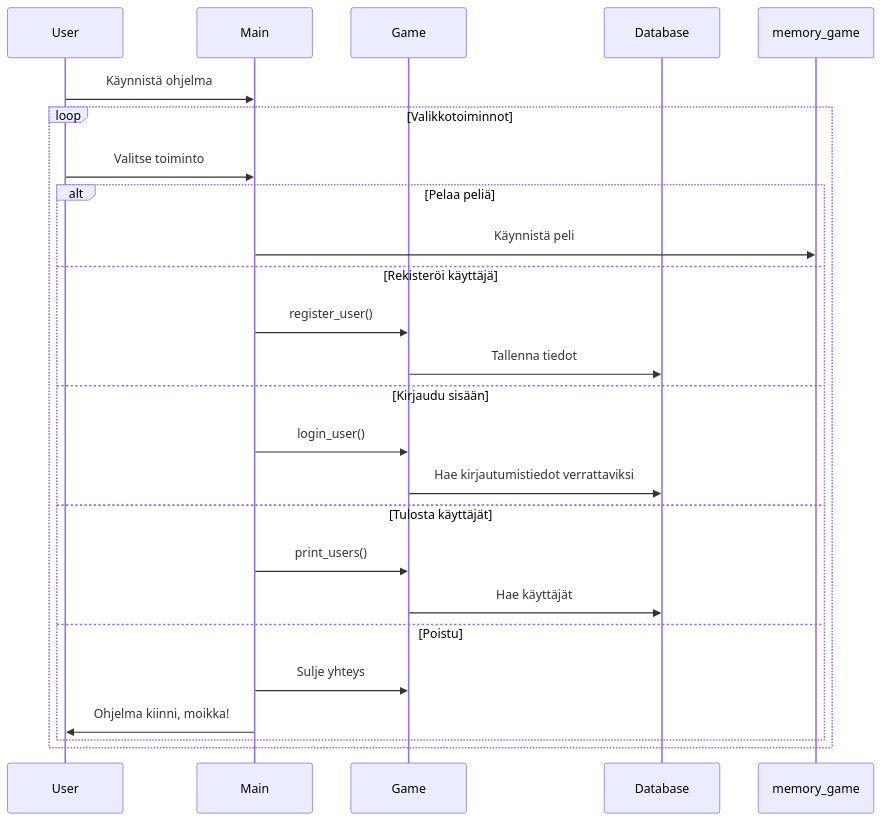
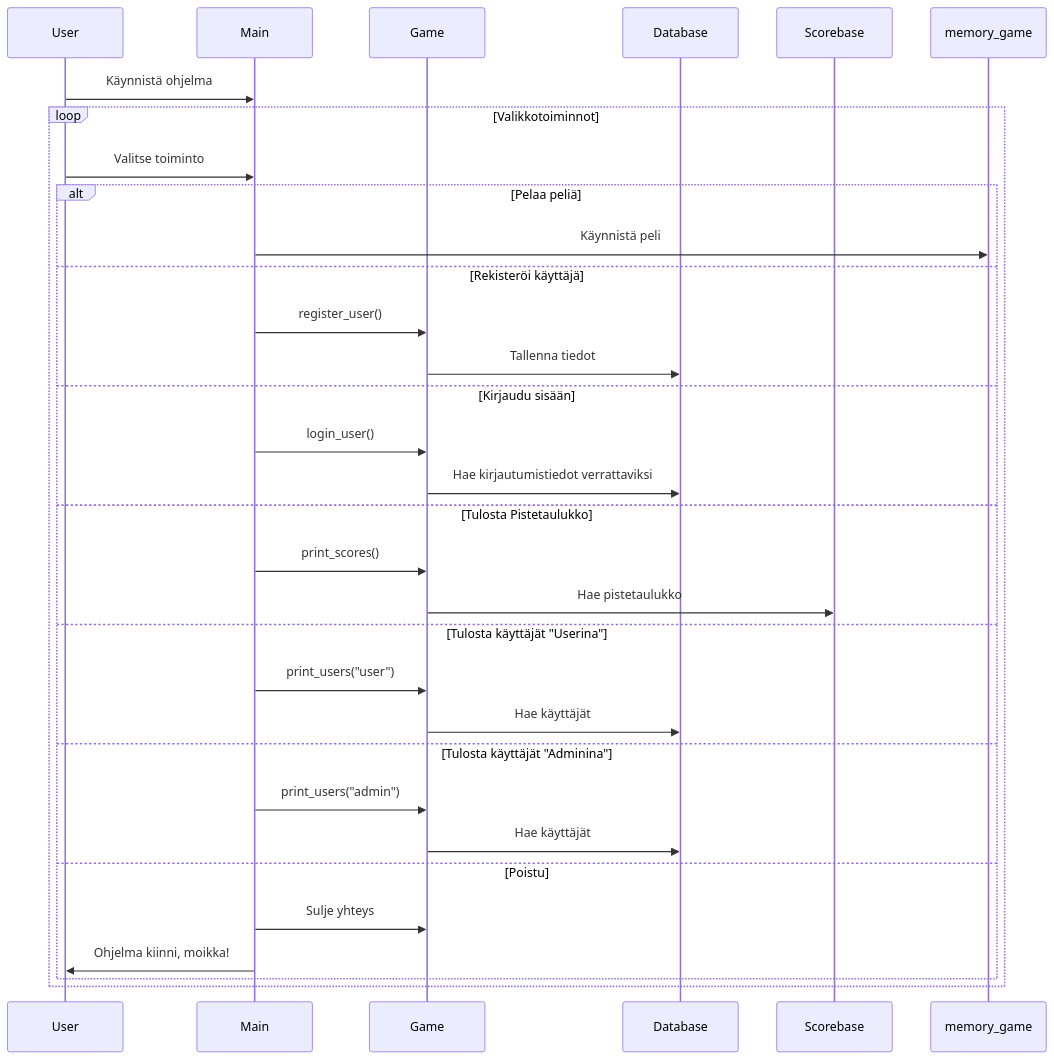
Before and after one commit to Fapacus/ot-harjoitustyo: the diagram in dokumentaatio/arkkitehtuuri_main.md, drawn with Mermaid.

````diff
--- a/dokumentaatio/arkkitehtuuri_main.md
+++ b/dokumentaatio/arkkitehtuuri_main.md
@@ -1,27 +1,34 @@
 ```mermaid
 sequenceDiagram
     participant User
     participant Main
     participant Game
     participant Database
+    participant Scorebase
 
     User->>Main: Käynnistä ohjelma
     loop Valikkotoiminnot
         User->>Main: Valitse toiminto
         alt Pelaa peliä
             Main->>memory_game: Käynnistä peli
         else Rekisteröi käyttäjä
             Main->>Game: register_user()
             Game->>Database: Tallenna tiedot
         else Kirjaudu sisään
             Main->>Game: login_user()
             Game->>Database: Hae kirjautumistiedot verrattaviksi
-        else Tulosta käyttäjät
-            Main->>Game: print_users()
+        else Tulosta Pistetaulukko
+            Main->>Game: print_scores()
+            Game->>Scorebase: Hae pistetaulukko
+        else Tulosta käyttäjät "Userina"
+            Main->>Game: print_users("user")
+            Game->>Database: Hae käyttäjät
+        else Tulosta käyttäjät "Adminina"
+            Main->>Game: print_users("admin")
             Game->>Database: Hae käyttäjät
         else Poistu
             Main->>Game: Sulje yhteys
             Main->>User: Ohjelma kiinni, moikka!
         end
     end
 ```
````
